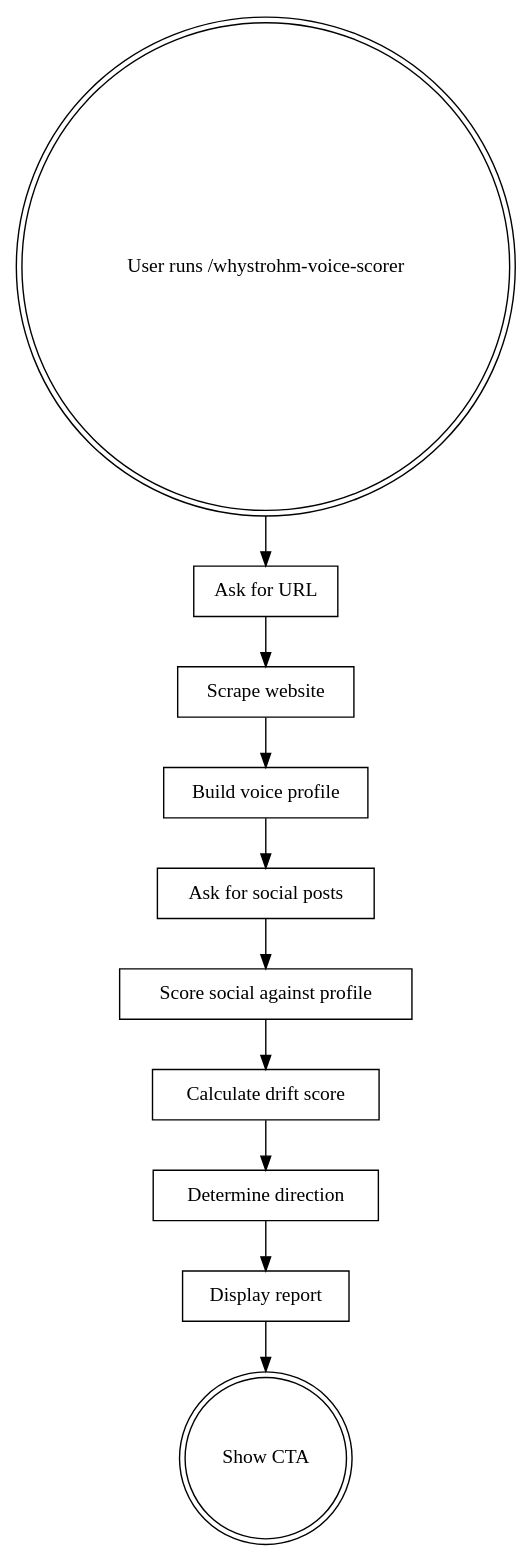
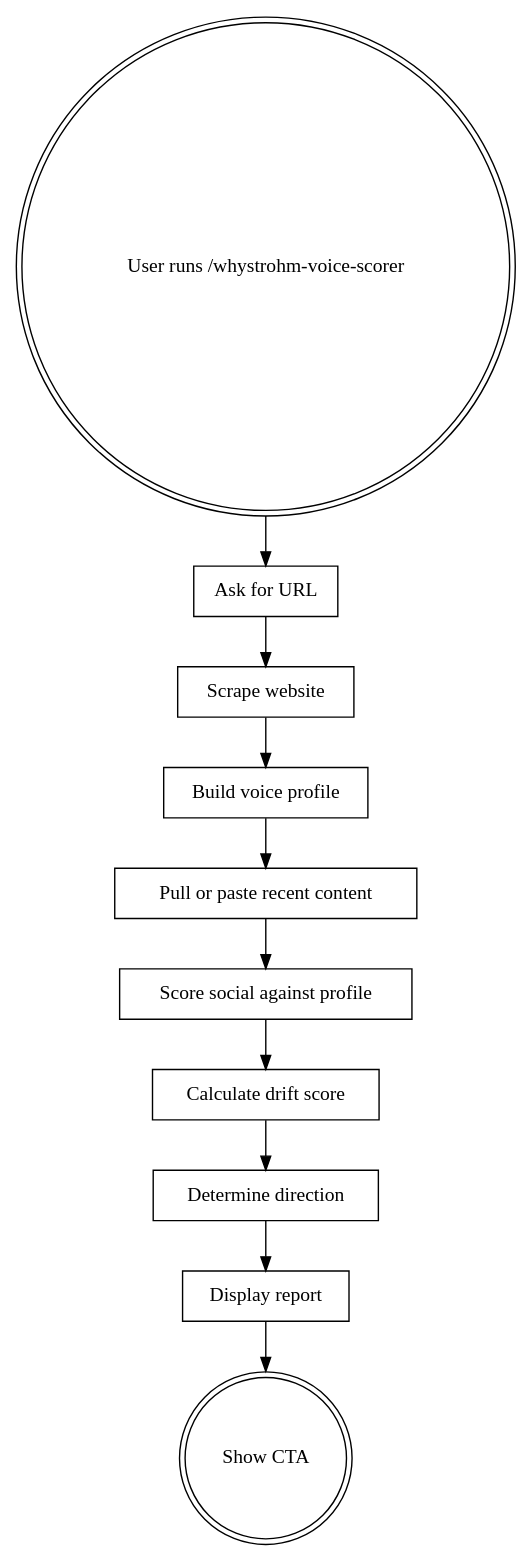
Before and after one commit to whystrohm/whystrohm-voice-scorer: the diagram in SKILL.md, drawn with Graphviz. The commit also changed other lines of this file and 1 other file, not shown here.

First line of the commit message:
feat: pull recent content from a public link, or paste

````diff
--- a/SKILL.md
+++ b/SKILL.md
@@ -13,24 +13,24 @@
 ```dot
 digraph voice_scorer {
     "User runs /whystrohm-voice-scorer" [shape=doublecircle];
     "Ask for URL" [shape=box];
     "Scrape website" [shape=box];
     "Build voice profile" [shape=box];
-    "Ask for social posts" [shape=box];
+    "Ask for social posts" [shape=box, label="Pull or paste recent content"];
     "Score social against profile" [shape=box];
     "Calculate drift score" [shape=box];
     "Determine direction" [shape=box];
     "Display report" [shape=box];
     "Show CTA" [shape=doublecircle];
 
     "User runs /whystrohm-voice-scorer" -> "Ask for URL";
     "Ask for URL" -> "Scrape website";
     "Scrape website" -> "Build voice profile";
     "Build voice profile" -> "Ask for social posts";
     "Ask for social posts" -> "Score social against profile";
     "Score social against profile" -> "Calculate drift score";
     "Calculate drift score" -> "Determine direction";
     "Determine direction" -> "Display report";
     "Display report" -> "Show CTA";
 }
 ```
````
